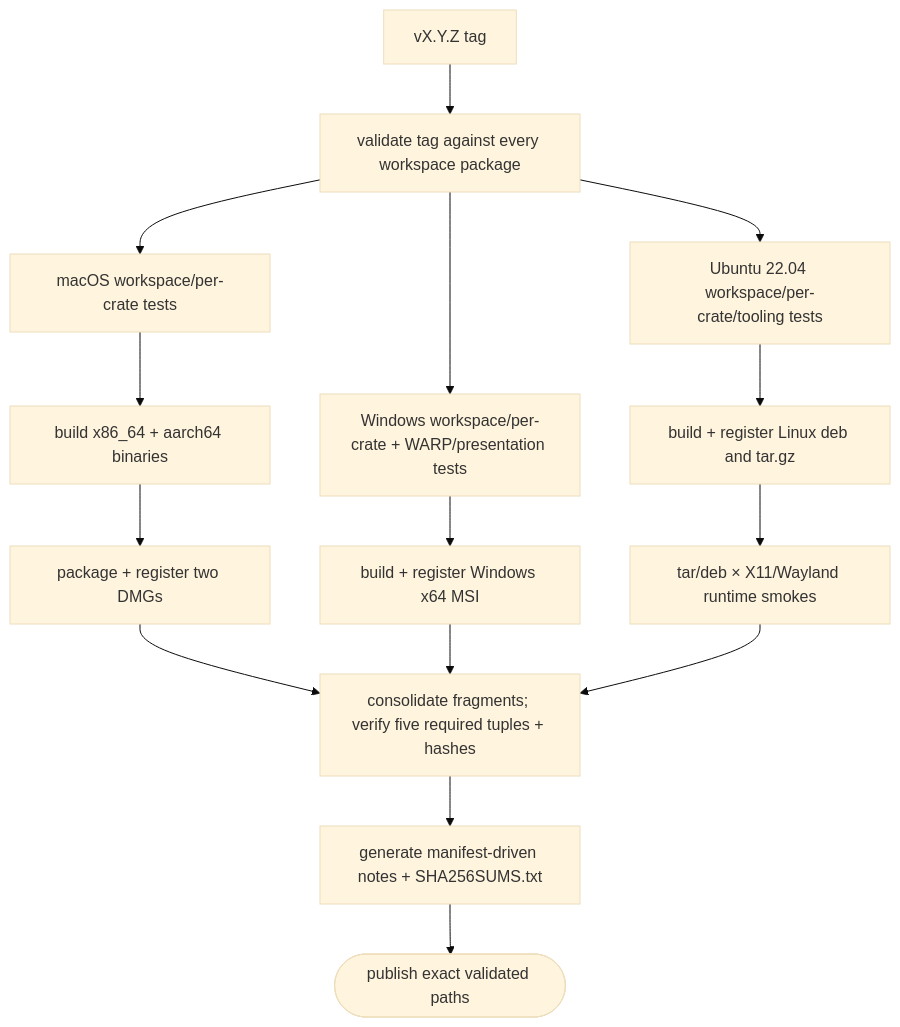
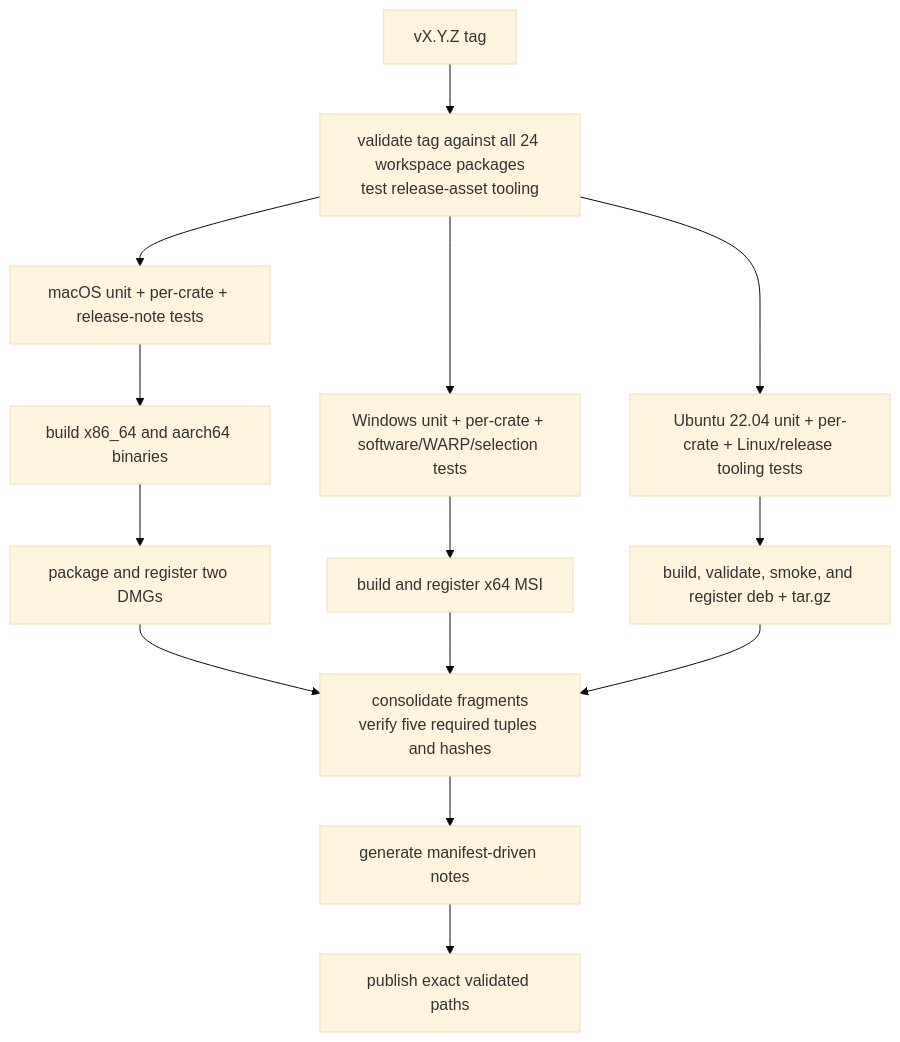
Before and after one commit to D0n9X1n/SonicTerm: the first of 2 diagrams in wiki/Development-and-Release.md, drawn with Mermaid (base theme). The commit also changed other lines of this file and 33 other files, not shown here.

````diff
--- a/wiki/Development-and-Release.md
+++ b/wiki/Development-and-Release.md
@@ -253,28 +163,27 @@
 ```mermaid
 flowchart TD
     tag["vX.Y.Z tag"]
-    validate["validate tag against every workspace package"]
-    mactest["macOS workspace/per-crate tests"]
-    wintest["Windows workspace/per-crate + WARP/presentation tests"]
-    linuxtest["Ubuntu 22.04 workspace/per-crate/tooling tests"]
-    macbuild["build x86_64 + aarch64 binaries"]
-    dmg["package + register two DMGs"]
-    msi["build + register Windows x64 MSI"]
-    linuxpkg["build + register Linux deb and tar.gz"]
-    linuxsmoke["tar/deb × X11/Wayland runtime smokes"]
-    manifest["consolidate fragments; verify five required tuples + hashes"]
-    notes["generate manifest-driven notes + SHA256SUMS.txt"]
-    publish(["publish exact validated paths"])
+    validate["validate tag against all 24 workspace packages<br/>test release-asset tooling"]
+    mtest["macOS unit + per-crate + release-note tests"]
+    wtest["Windows unit + per-crate + software/WARP/selection tests"]
+    ltest["Ubuntu 22.04 unit + per-crate + Linux/release tooling tests"]
+    macbuild["build x86_64 and aarch64 binaries"]
+    dmg["package and register two DMGs"]
+    msi["build and register x64 MSI"]
+    linux["build, validate, smoke, and register deb + tar.gz"]
+    manifest["consolidate fragments<br/>verify five required tuples and hashes"]
+    notes["generate manifest-driven notes"]
+    publish["publish exact validated paths"]
 
     tag --> validate
-    validate --> mactest
-    validate --> wintest
-    validate --> linuxtest
-    mactest --> macbuild --> dmg
-    wintest --> msi
-    linuxtest --> linuxpkg --> linuxsmoke
+    validate --> mtest
+    validate --> wtest
+    validate --> ltest
+    mtest --> macbuild --> dmg
+    wtest --> msi
+    ltest --> linux
     dmg --> manifest
     msi --> manifest
-    linuxsmoke --> manifest
+    linux --> manifest
     manifest --> notes --> publish
 ```
````
